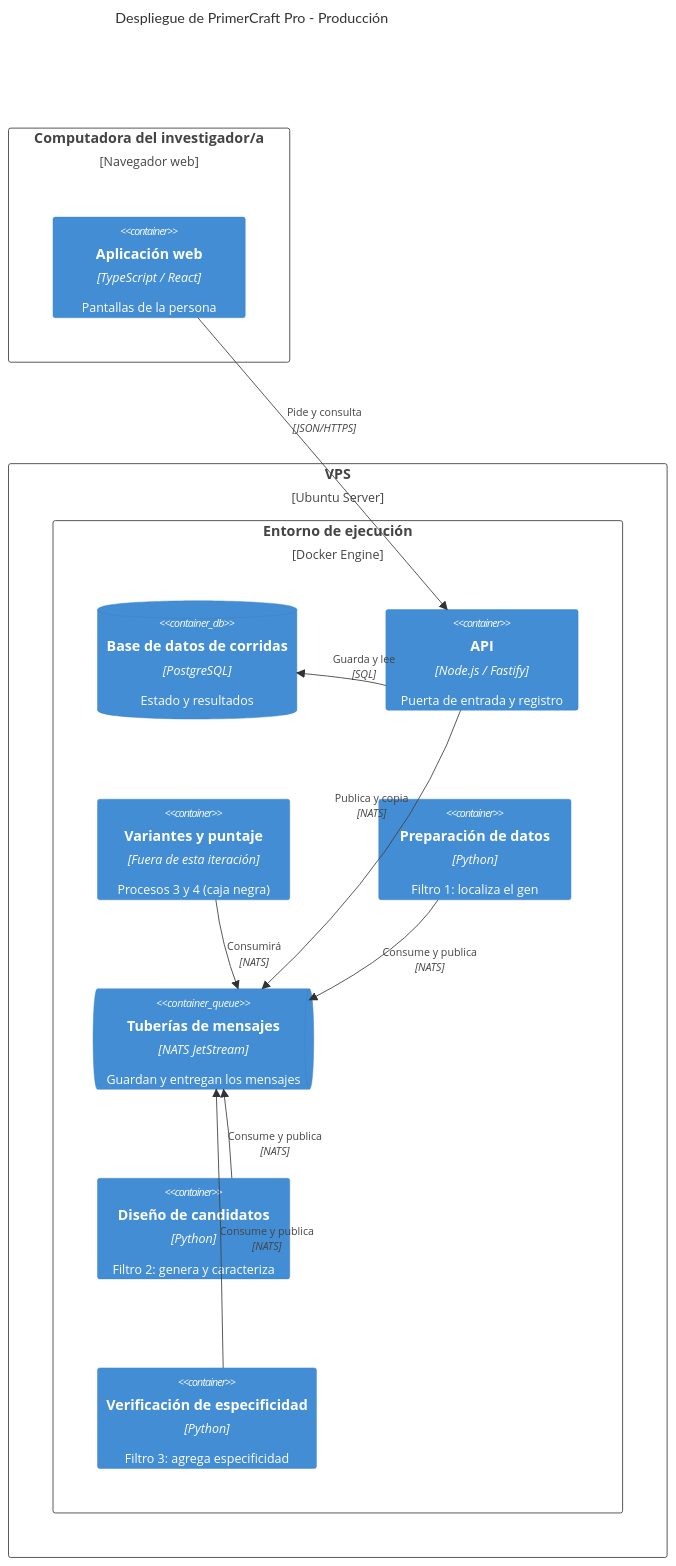
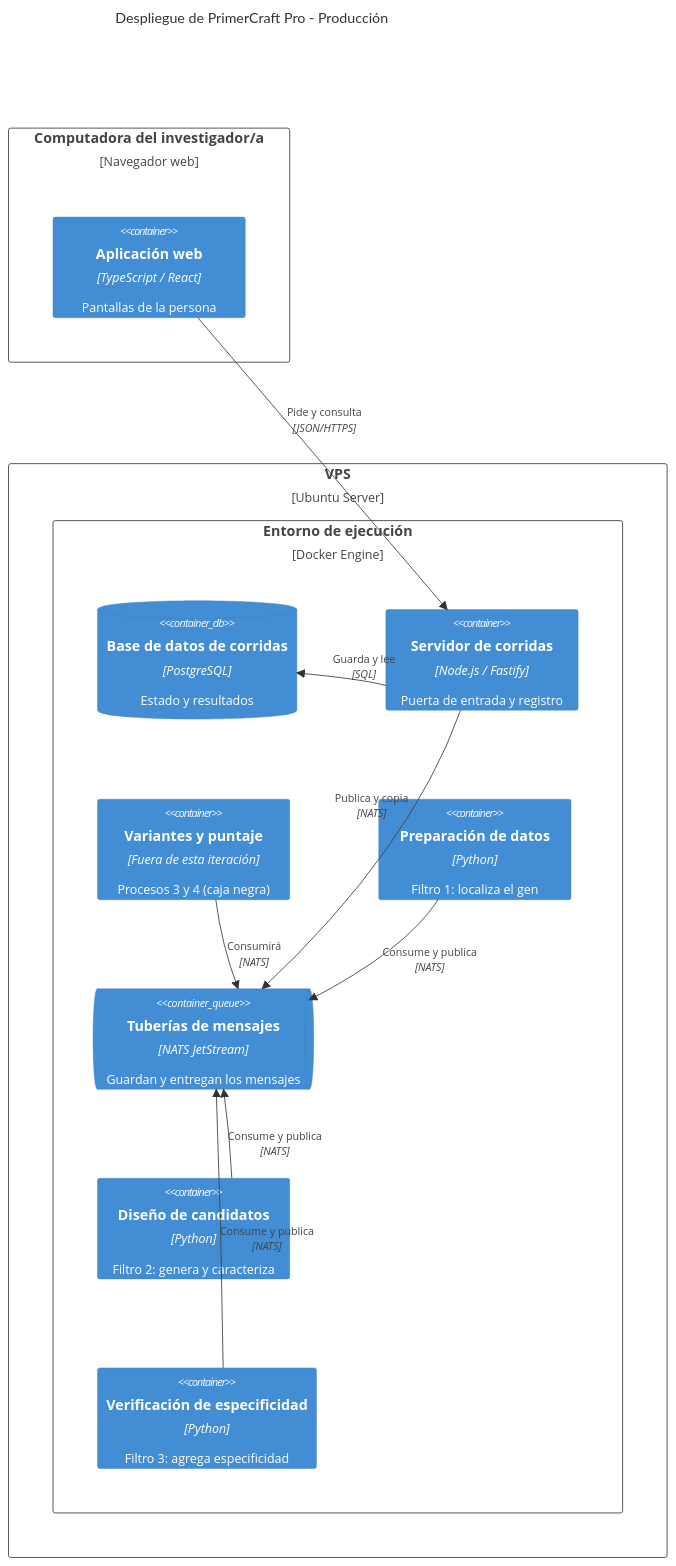
The ninth of 9 diagrams in docs/architecture/arquitectura.md (MatiasRiosMR/PrimerCraft-Pro-2026), drawn with Mermaid before and after one commit. The commit also changed other lines of this file and 1 other file, not shown here.

Commit message:
docs(arq): corrijo el TP3 según la devolución: renombro la API a Servidor de corridas, conecto cada etapa a corrida.estado y defino los campos del JSON

````diff
--- a/docs/architecture/arquitectura.md
+++ b/docs/architecture/arquitectura.md
@@ -850,34 +920,34 @@
 ```mermaid
 C4Deployment
     title Despliegue de PrimerCraft Pro - Producción
 
     Deployment_Node(pc, "Computadora del investigador/a", "Navegador web") {
         Container(web, "Aplicación web", "TypeScript / React", "Pantallas de la persona")
     }
 
     Deployment_Node(srv, "VPS", "Ubuntu Server") {
         Deployment_Node(dk, "Entorno de ejecución", "Docker Engine") {
             ContainerDb(bd, "Base de datos de corridas", "PostgreSQL", "Estado y resultados")
-            Container(api, "API", "Node.js / Fastify", "Puerta de entrada y registro")
+            Container(api, "Servidor de corridas", "Node.js / Fastify", "Puerta de entrada y registro")
             Container(p34, "Variantes y puntaje", "Fuera de esta iteración", "Procesos 3 y 4 (caja negra)")
             Container(prep, "Preparación de datos", "Python", "Filtro 1: localiza el gen")
             ContainerQueue(tub, "Tuberías de mensajes", "NATS JetStream", "Guardan y entregan los mensajes")
             Container(dis, "Diseño de candidatos", "Python", "Filtro 2: genera y caracteriza")
             Container(ver, "Verificación de especificidad", "Python", "Filtro 3: agrega especificidad")
         }
     }
 
     Rel_D(web, api, "Pide y consulta", "JSON/HTTPS")
     Rel_L(api, bd, "Guarda y lee", "SQL")
     Rel_D(api, tub, "Publica y copia", "NATS")
     Rel_L(prep, tub, "Consume y publica", "NATS")
     Rel_U(dis, tub, "Consume y publica", "NATS")
     Rel_U(ver, tub, "Consume y publica", "NATS")
     Rel_D(p34, tub, "Consumirá", "NATS")
 
     UpdateRelStyle(web, api, $offsetX="-40", $offsetY="-60")
     UpdateRelStyle(api, bd, $offsetX="-10", $offsetY="-25")
     UpdateRelStyle(api, tub, $offsetX="-30", $offsetY="-60")
     UpdateRelStyle(prep, tub, $offsetX="10", $offsetY="0")
     UpdateLayoutConfig($c4ShapeInRow="2", $c4BoundaryInRow="1")
 ```
````
